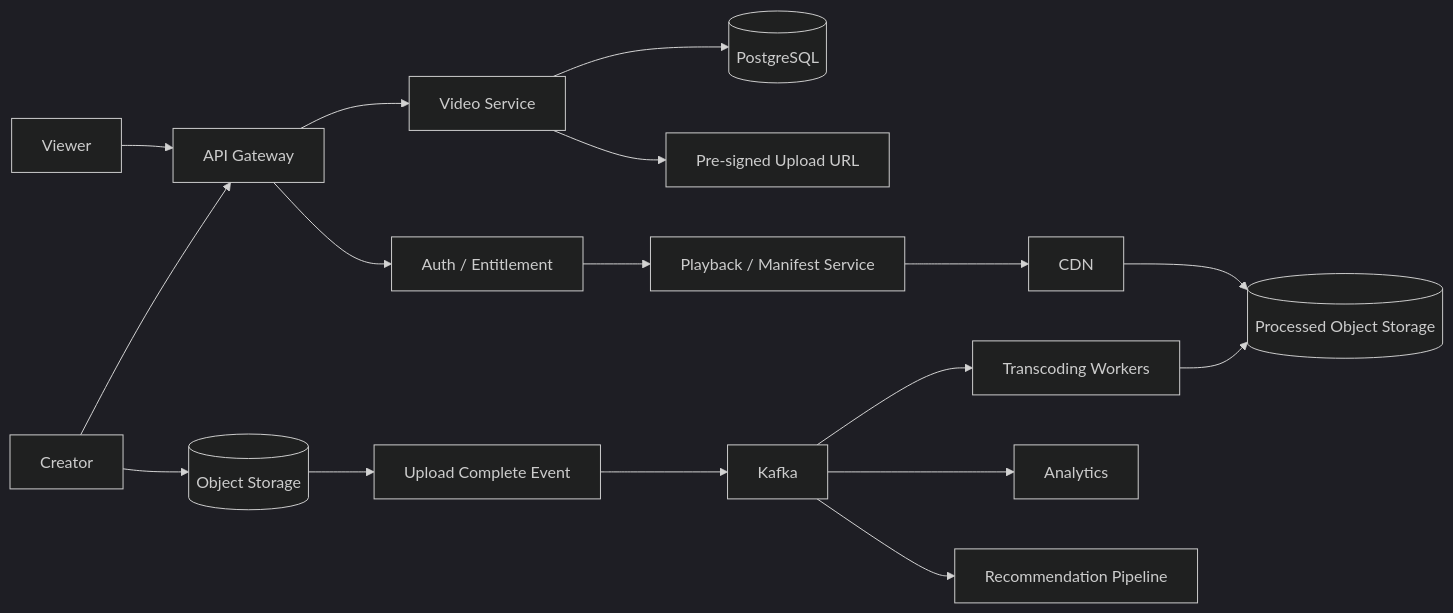
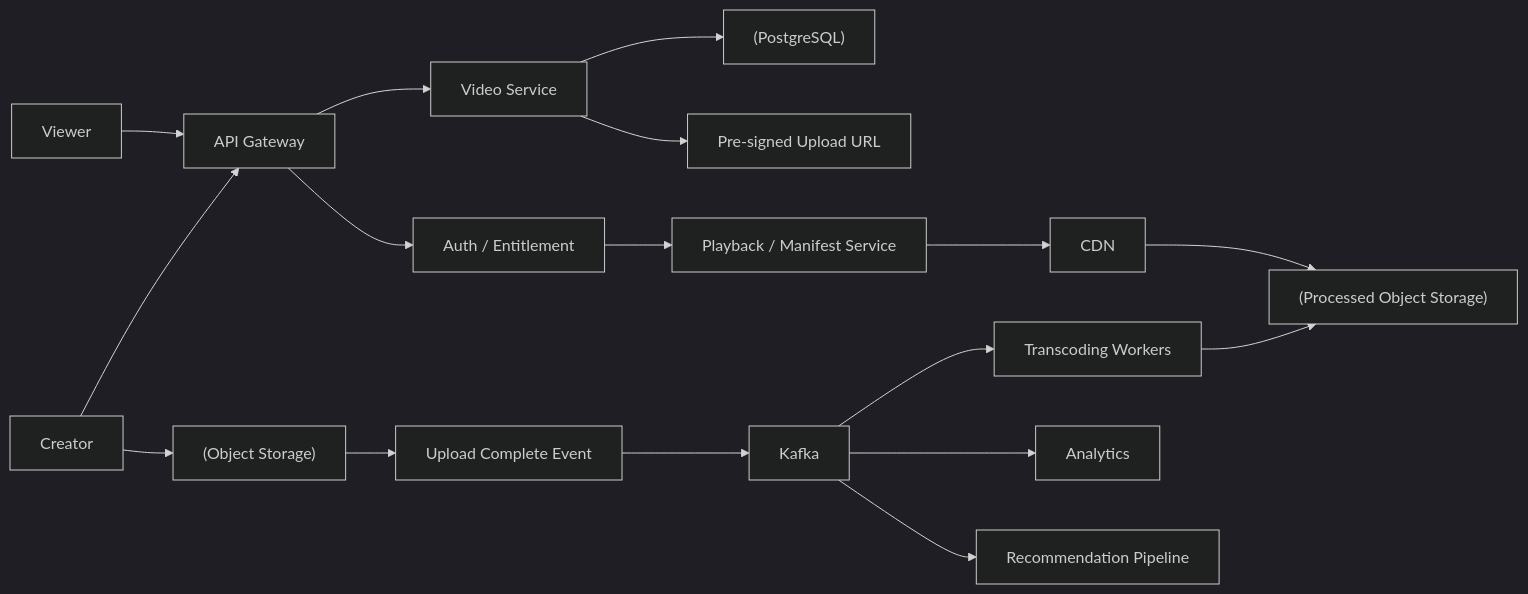
The first of 10 diagrams in files/System-Design-Questions/17-video_streaming_system_design.md (pankajThakur1874/studysheet), drawn with Mermaid (dark theme) before and after one commit. The commit also changed other lines of this file and 102 other files, not shown here.

Commit message:
Auto-fix Mermaid diagram syntax across all study guides to prevent Syntax Error in Mermaid v10

````diff
--- a/files/System-Design-Questions/17-video_streaming_system_design.md
+++ b/files/System-Design-Questions/17-video_streaming_system_design.md
@@ -201,22 +201,22 @@
 ```mermaid
 flowchart LR
     Creator[Creator] --> API[API Gateway]
     API --> VS[Video Service]
-    VS --> DB[(PostgreSQL)]
+    VS --> DB["(PostgreSQL)"]
     VS --> URL[Pre-signed Upload URL]
-    Creator --> OBJ[(Object Storage)]
+    Creator --> OBJ["(Object Storage)"]
 
     OBJ --> EVT[Upload Complete Event]
     EVT --> K[Kafka]
     K --> TR[Transcoding Workers]
-    TR --> PO[(Processed Object Storage)]
+    TR --> PO["(Processed Object Storage)"]
 
     User[Viewer] --> API
-    API --> AUTH[Auth / Entitlement]
-    AUTH --> MAN[Playback / Manifest Service]
+    API --> AUTH["Auth / Entitlement"]
+    AUTH --> MAN["Playback / Manifest Service"]
     MAN --> CDN[CDN]
     CDN --> PO
 
     K --> ANA[Analytics]
     K --> REC[Recommendation Pipeline]
 ```
````
